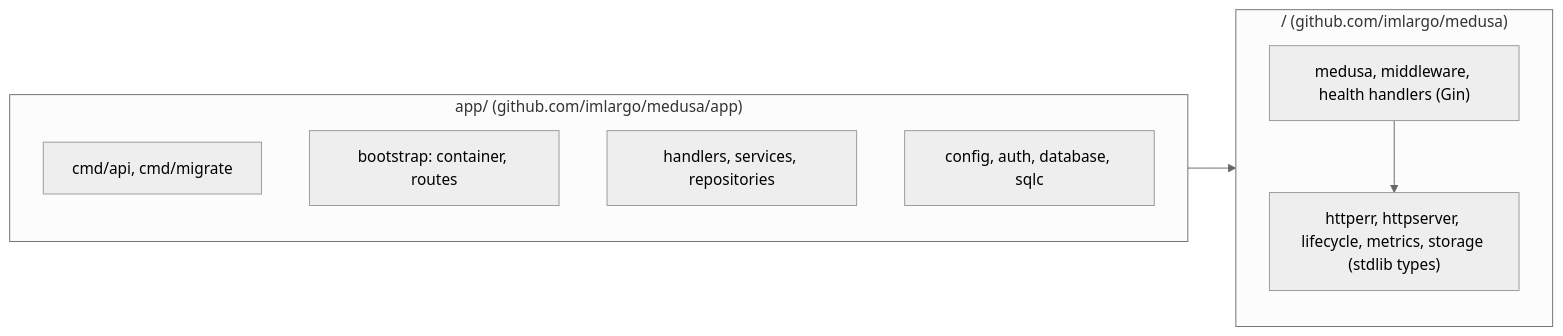
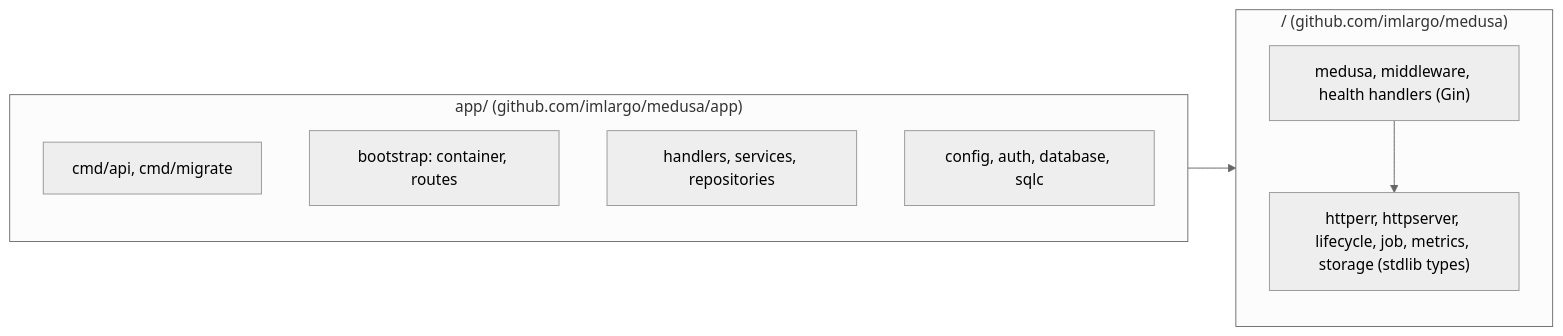
The first of 4 diagrams in docs/architecture.md (imlargo/medusa), drawn with Mermaid (neutral theme) before and after one commit. The commit also changed other lines of this file and 4 other files, not shown here.

````diff
--- a/docs/architecture.md
+++ b/docs/architecture.md
@@ -7,15 +7,15 @@
 ```mermaid
 flowchart LR
     subgraph app["app/ (github.com/imlargo/medusa/app)"]
         cmd["cmd/api, cmd/migrate"]
         bootstrap["bootstrap: container, routes"]
         domain["handlers, services, repositories"]
         infra["config, auth, database, sqlc"]
     end
     subgraph medusa["/ (github.com/imlargo/medusa)"]
         edge["medusa, middleware, health handlers (Gin)"]
-        core["httperr, httpserver, lifecycle, metrics, storage (stdlib types)"]
+        core["httperr, httpserver, lifecycle, job, metrics, storage (stdlib types)"]
     end
     app --> medusa
     edge --> core
 ```
````
